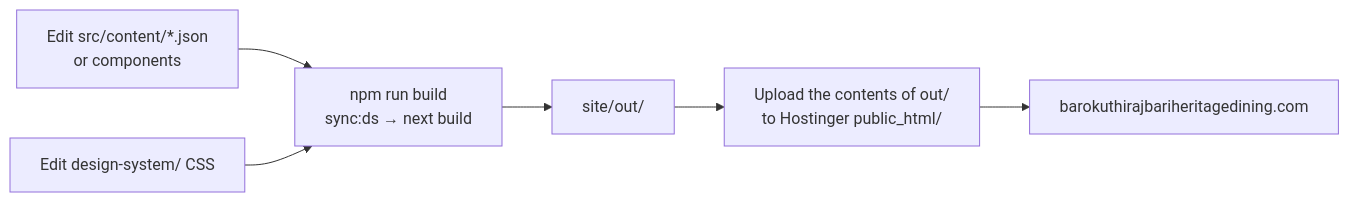
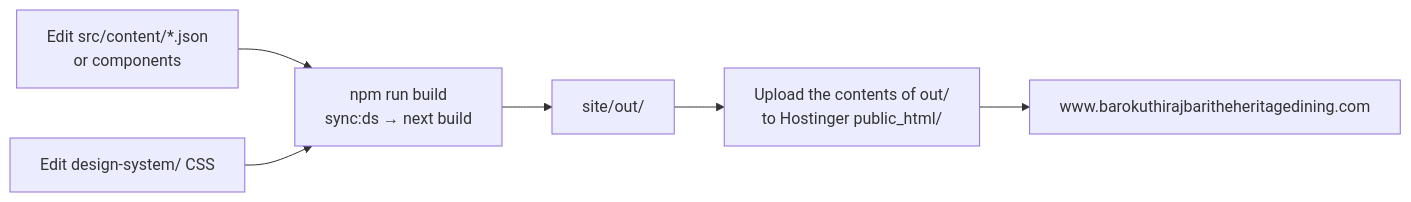
One commit to biznexatech-sys/baro-kuthi-the-heritage-dinning changed the sixth of 7 diagrams in docs/ARCHITECTURE.md. Above: the diagram before and after it, drawn with Mermaid. The commit also changed other lines of this file and 31 other files, not shown here.

````diff
--- a/docs/ARCHITECTURE.md
+++ b/docs/ARCHITECTURE.md
@@ -360,8 +360,8 @@
 ```mermaid
 flowchart LR
     Edit[Edit src/content/*.json<br/>or components] --> Build[npm run build<br/>sync:ds → next build]
     DSedit[Edit design-system/ CSS] --> Build
     Build --> Out[site/out/]
     Out --> Upload[Upload the contents of out/<br/>to Hostinger public_html/]
-    Upload --> Live[barokuthirajbariheritagedining.com]
+    Upload --> Live[www.barokuthirajbaritheheritagedining.com]
 ```
````
